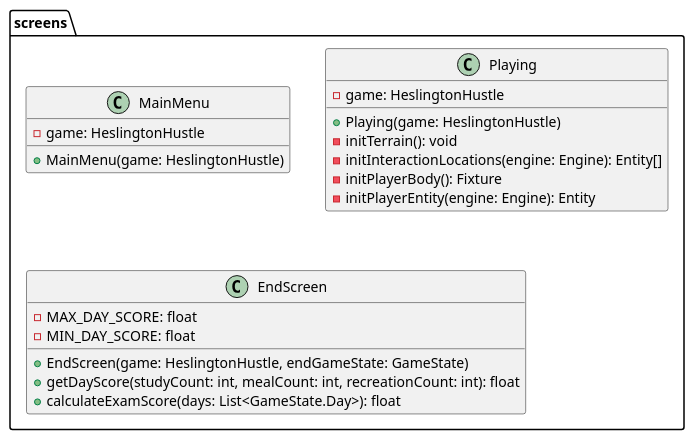
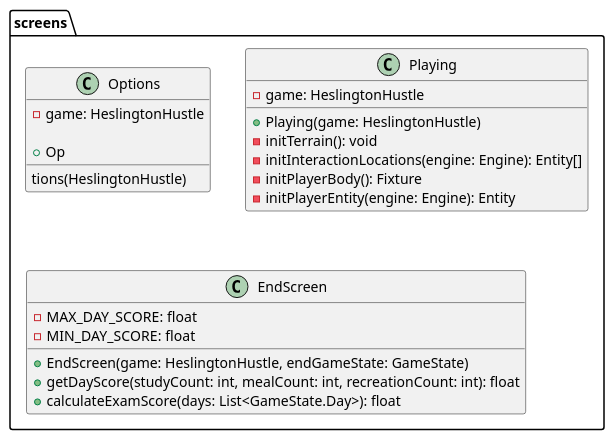
Before and after one commit to ENG1-Group-9-2024/Heslington-Hustle-2: the diagram in architecture/screens.puml, drawn with PlantUML. The commit also changed 15 other files, not shown here.

```diff
--- a/architecture/screens.puml
+++ b/architecture/screens.puml
@@ -1,34 +1,35 @@
 @startuml
 
 package screens {
-    class MainMenu {
+    class Options {
         - game: HeslingtonHustle
 
-        + MainMenu(game: HeslingtonHustle)
+        + Op
+        tions(HeslingtonHustle)
 
     }
 
     class Playing {
         - game: HeslingtonHustle
 
         + Playing(game: HeslingtonHustle)
 
 
         - initTerrain(): void
         - initInteractionLocations(engine: Engine): Entity[]
         - initPlayerBody(): Fixture
         - initPlayerEntity(engine: Engine): Entity
     }
 
     class EndScreen {
         - MAX_DAY_SCORE: float
         - MIN_DAY_SCORE: float
 
 
         + EndScreen(game: HeslingtonHustle, endGameState: GameState)
         + getDayScore(studyCount: int, mealCount: int, recreationCount: int): float
         + calculateExamScore(days: List<GameState.Day>): float
 
     }
 }
 @enduml
```
